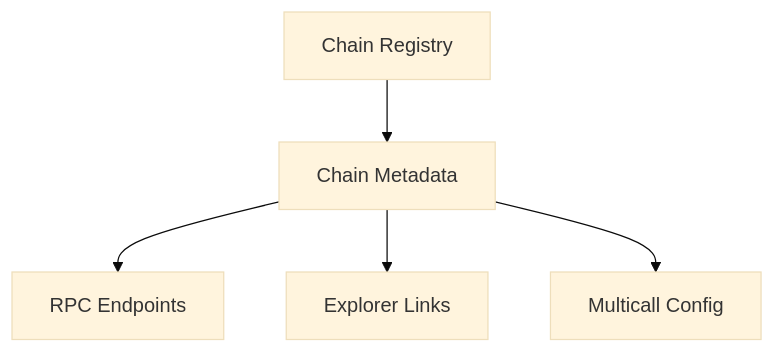
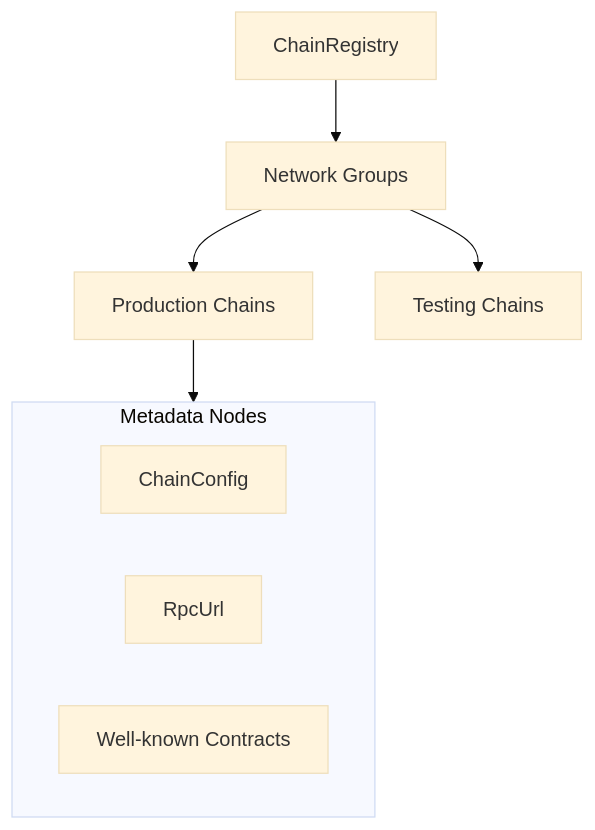
Before and after one commit to ImL1s/dart_web3: the diagram in dart_web3/packages/chains/README.md, drawn with Mermaid (base theme). The commit also changed other lines of this file and 31 other files, not shown here.

````diff
--- a/dart_web3/packages/chains/README.md
+++ b/dart_web3/packages/chains/README.md
@@ -14,7 +17,14 @@
 ```mermaid
 graph TD
-    Registry[Chain Registry] --> ChainData[Chain Metadata]
-    ChainData --> RPC[RPC Endpoints]
-    ChainData --> Explorer[Explorer Links]
-    ChainData --> Multicall[Multicall Config]
+    Registry[ChainRegistry] --> Categories[Network Groups]
+    Categories --> Mainnets[Production Chains]
+    Categories --> Testnets[Testing Chains]
+    
+    subgraph Data [Metadata Nodes]
+        Chain[ChainConfig]
+        RPC[RpcUrl]
+        Contracts[Well-known Contracts]
+    end
+    
+    Mainnets --> Data
 ```
````
